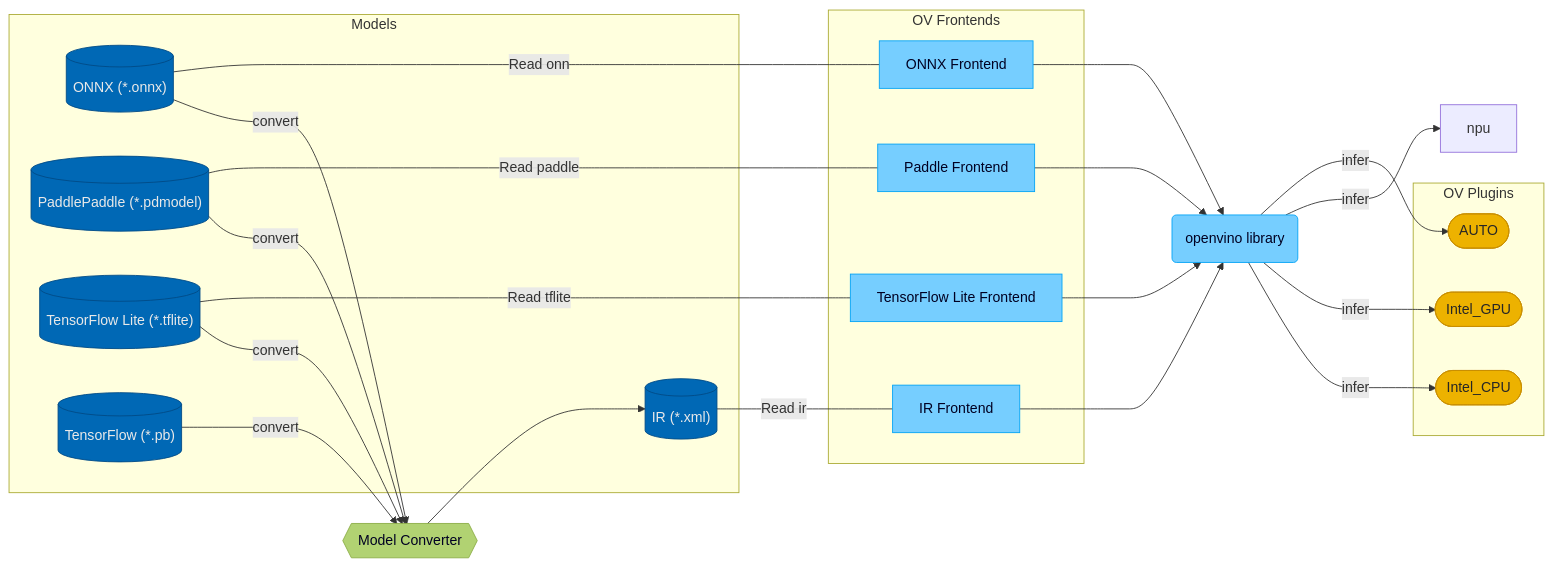
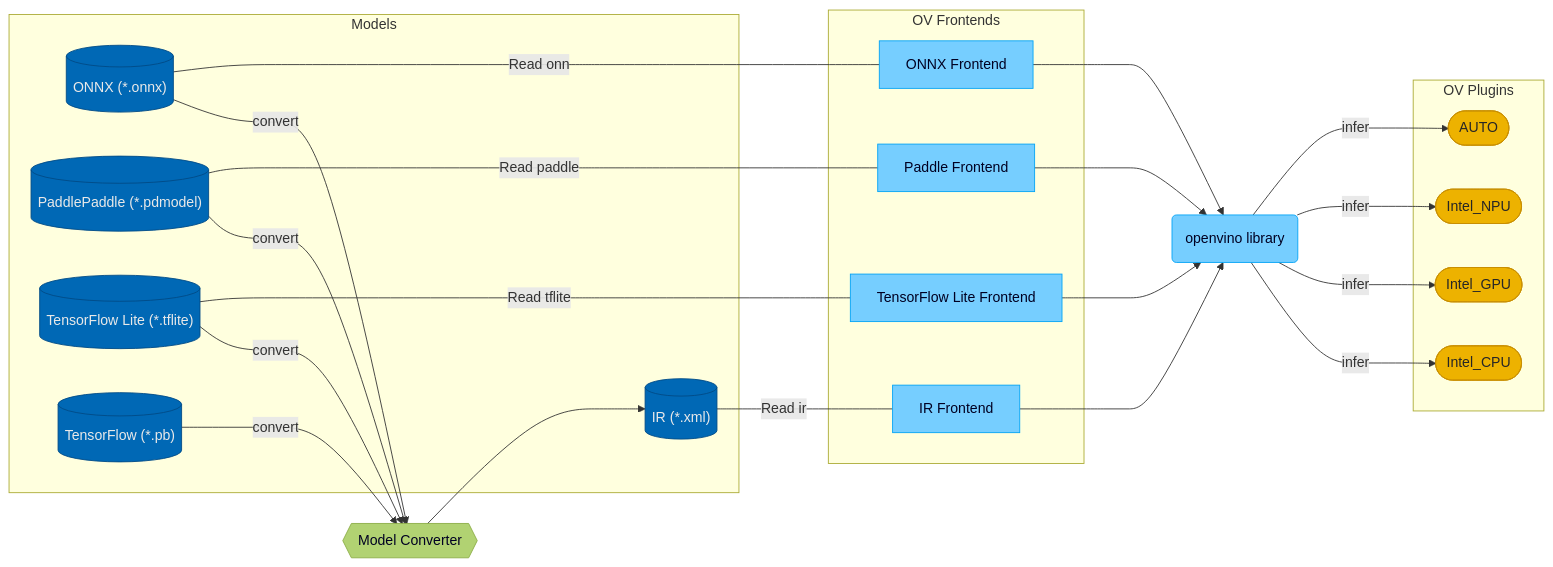
One commit to openvinotoolkit/openvino changed the diagram in docs/dev/index.md. Above: the diagram before and after it, drawn with Mermaid. The commit also changed other lines of this file, not shown here.

````diff
--- a/docs/dev/index.md
+++ b/docs/dev/index.md
@@ -7,56 +7,57 @@
 ```mermaid
 flowchart LR
     subgraph models [Models]
         ir[("IR (*.xml)")]
         onnx[("ONNX (*.onnx)")]
         paddle[("PaddlePaddle (*.pdmodel)")]
         tflite[("TensorFlow Lite (*.tflite)")]
         tf[("TensorFlow (*.pb)")]
         classDef blue3 fill:#0068B5, stroke: #004A86, color: #E9E9E9
         class ir,onnx,paddle,tflite,tf blue3
 
         click onnx "https://github.com/onnx/onnx"
     end
 
     mo{{Model Converter}}
     classDef mos fill:#B1D272, stroke: #8BAE46, color: #000022
     class mo mos
 
     onnx--convert--->mo
     paddle--convert--->mo
     tflite--convert--->mo
     tf--convert--->mo
     mo--->ir
 
     subgraph plugins [OV Plugins]
         auto(["AUTO"])
         cpu(["Intel_CPU"])
         gpu(["Intel_GPU"])
+        npu(["Intel_NPU"])
         classDef daisy3 fill:#EDB200, stroke: #C98F00, color: #262626
-        class auto,cpu,gpu daisy3
+        class auto,cpu,gpu,npu daisy3
     end
     subgraph frontends [OV Frontends]
         ir_fe["IR Frontend"]
         onnx_fe["ONNX Frontend"]
         tflite_fe["TensorFlow Lite Frontend"]
         paddle_fe["Paddle Frontend"]
         classDef blue1 fill:#76CEFF, stroke: #00A3F6, color: #000022
         class ir_fe,onnx_fe,tflite_fe,paddle_fe blue1
     end
     openvino(openvino library)
     ir--Read ir---ir_fe
     onnx--Read onnx--- onnx_fe
     paddle--Read paddle---paddle_fe
     tflite--Read tflite---tflite_fe
     ir_fe--->openvino
     onnx_fe--->openvino
     paddle_fe--->openvino
     tflite_fe--->openvino
 
     openvino--infer--->cpu
     openvino--infer--->gpu
     openvino--infer--->npu
     openvino--infer--->auto
     classDef blue1 fill:#76CEFF, stroke: #00A3F6, color: #000022
     class openvino blue1
 ```
````
